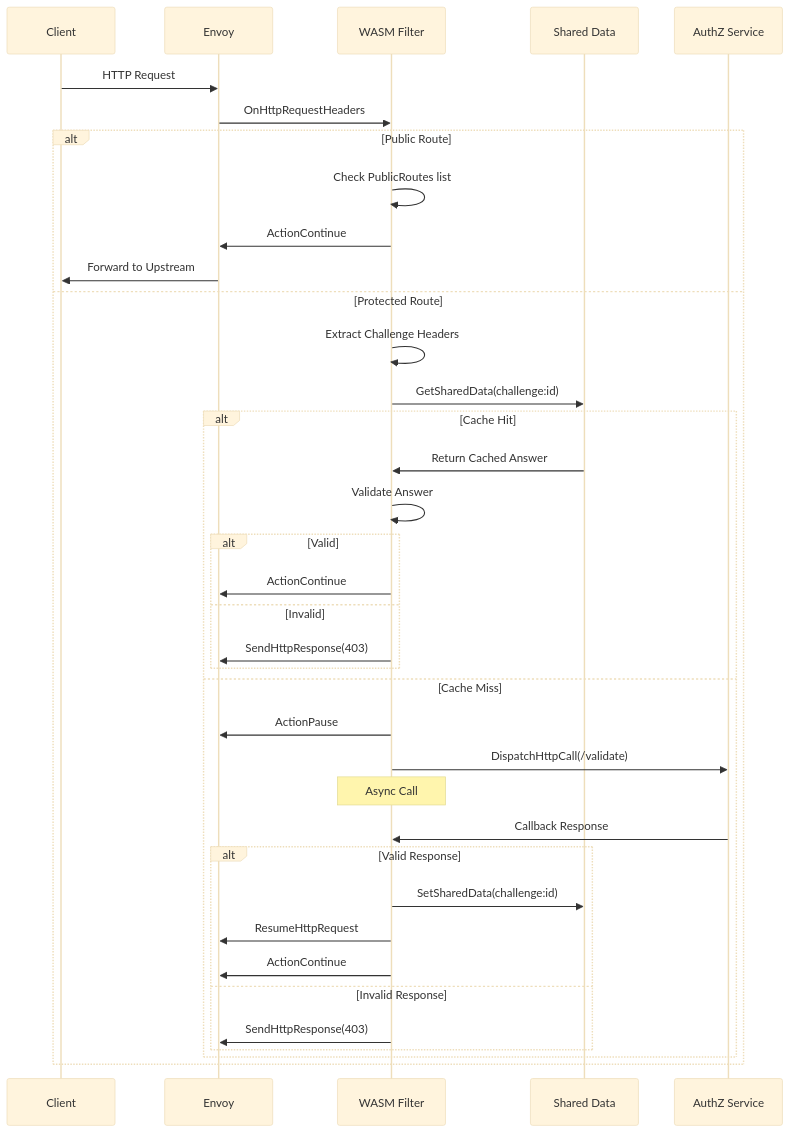
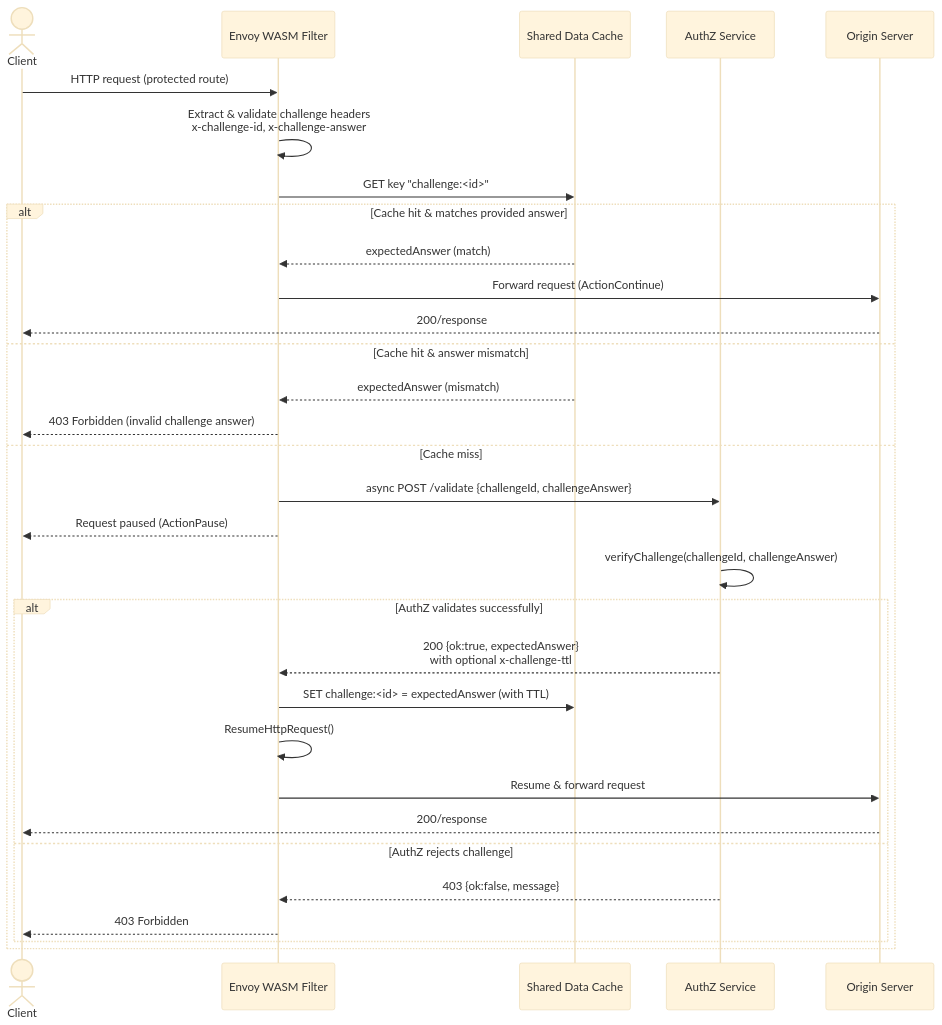
The third of 6 diagrams in packages/envoy-wasm-filter/FLOW.md (bwalkt/dashboard), drawn with Mermaid (base theme) before and after one commit. The commit also changed 1 other file, not shown here.

Commit message:
feat: README.md updates

````diff
--- a/packages/envoy-wasm-filter/FLOW.md
+++ b/packages/envoy-wasm-filter/FLOW.md
@@ -108,43 +108,36 @@
 ```mermaid
 sequenceDiagram
-    participant Client
-    participant Envoy
-    participant WASM as WASM Filter
-    participant Cache as Shared Data
+    actor Client
+    participant Envoy as Envoy WASM Filter
+    participant Shared as Shared Data Cache
     participant AuthZ as AuthZ Service
+    participant Origin as Origin Server
     
-    Client->>Envoy: HTTP Request
-    Envoy->>WASM: OnHttpRequestHeaders
+    Client->>Envoy: HTTP request (protected route)
+    Envoy->>Envoy: Extract & validate challenge headers<br/>x-challenge-id, x-challenge-answer
+    Envoy->>Shared: GET key "challenge:<id>"
     
-    alt Public Route
-        WASM->>WASM: Check PublicRoutes list
-        WASM->>Envoy: ActionContinue
-        Envoy->>Client: Forward to Upstream
-    else Protected Route
-        WASM->>WASM: Extract Challenge Headers
-        WASM->>Cache: GetSharedData(challenge:id)
+    alt Cache hit & matches provided answer
+        Shared-->>Envoy: expectedAnswer (match)
+        Envoy->>Origin: Forward request (ActionContinue)
+        Origin-->>Client: 200/response
+    else Cache hit & answer mismatch
+        Shared-->>Envoy: expectedAnswer (mismatch)
+        Envoy-->>Client: 403 Forbidden (invalid challenge answer)
+    else Cache miss
+        Envoy->>AuthZ: async POST /validate {challengeId, challengeAnswer}
+        Envoy-->>Client: Request paused (ActionPause)
+        AuthZ->>AuthZ: verifyChallenge(challengeId, challengeAnswer)
         
-        alt Cache Hit
-            Cache->>WASM: Return Cached Answer
-            WASM->>WASM: Validate Answer
-            alt Valid
-                WASM->>Envoy: ActionContinue
-            else Invalid
-                WASM->>Envoy: SendHttpResponse(403)
-            end
-        else Cache Miss
-            WASM->>Envoy: ActionPause
-            WASM->>AuthZ: DispatchHttpCall(/validate)
-            Note over WASM: Async Call
-            AuthZ->>WASM: Callback Response
-            
-            alt Valid Response
-                WASM->>Cache: SetSharedData(challenge:id)
-                WASM->>Envoy: ResumeHttpRequest
-                WASM->>Envoy: ActionContinue
-            else Invalid Response
-                WASM->>Envoy: SendHttpResponse(403)
-            end
+        alt AuthZ validates successfully
+            AuthZ-->>Envoy: 200 {ok:true, expectedAnswer}<br/>with optional x-challenge-ttl
+            Envoy->>Shared: SET challenge:<id> = expectedAnswer (with TTL)
+            Envoy->>Envoy: ResumeHttpRequest()
+            Envoy->>Origin: Resume & forward request
+            Origin-->>Client: 200/response
+        else AuthZ rejects challenge
+            AuthZ-->>Envoy: 403 {ok:false, message}
+            Envoy-->>Client: 403 Forbidden
         end
     end
 ```
````
